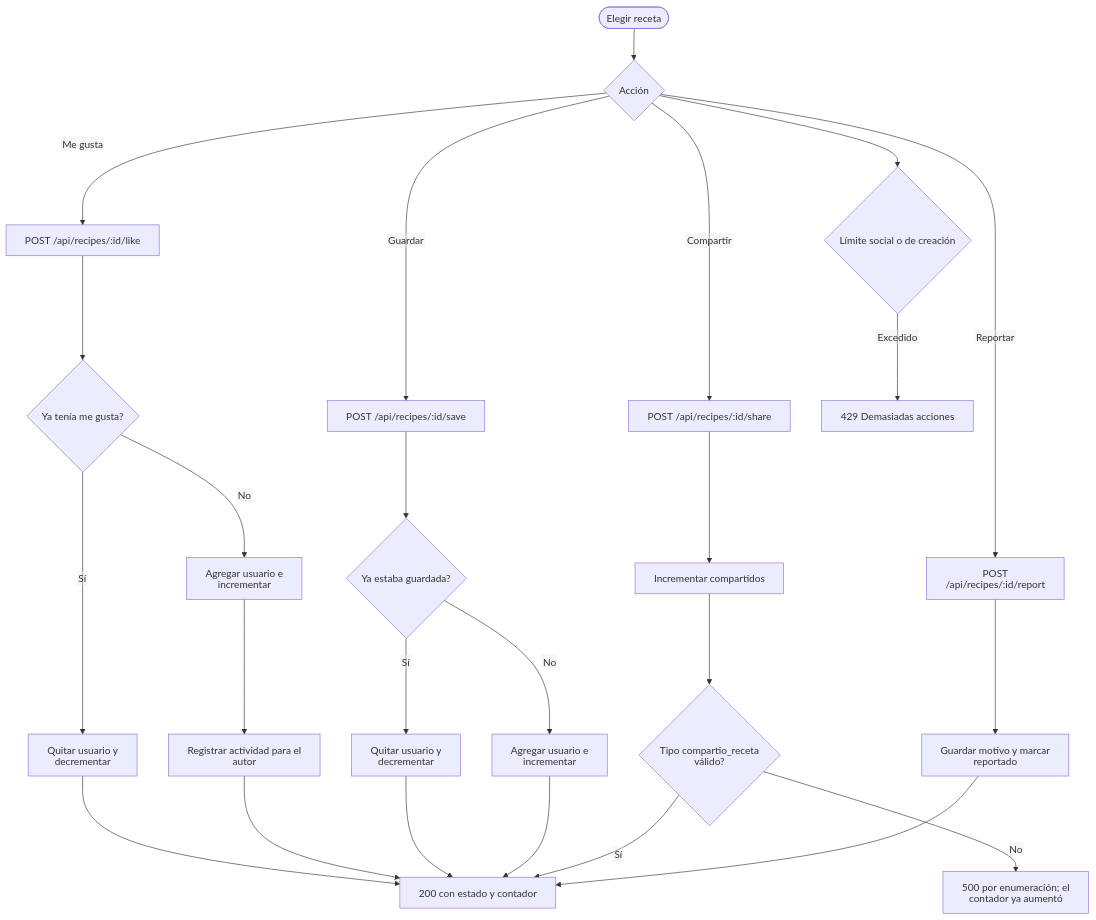
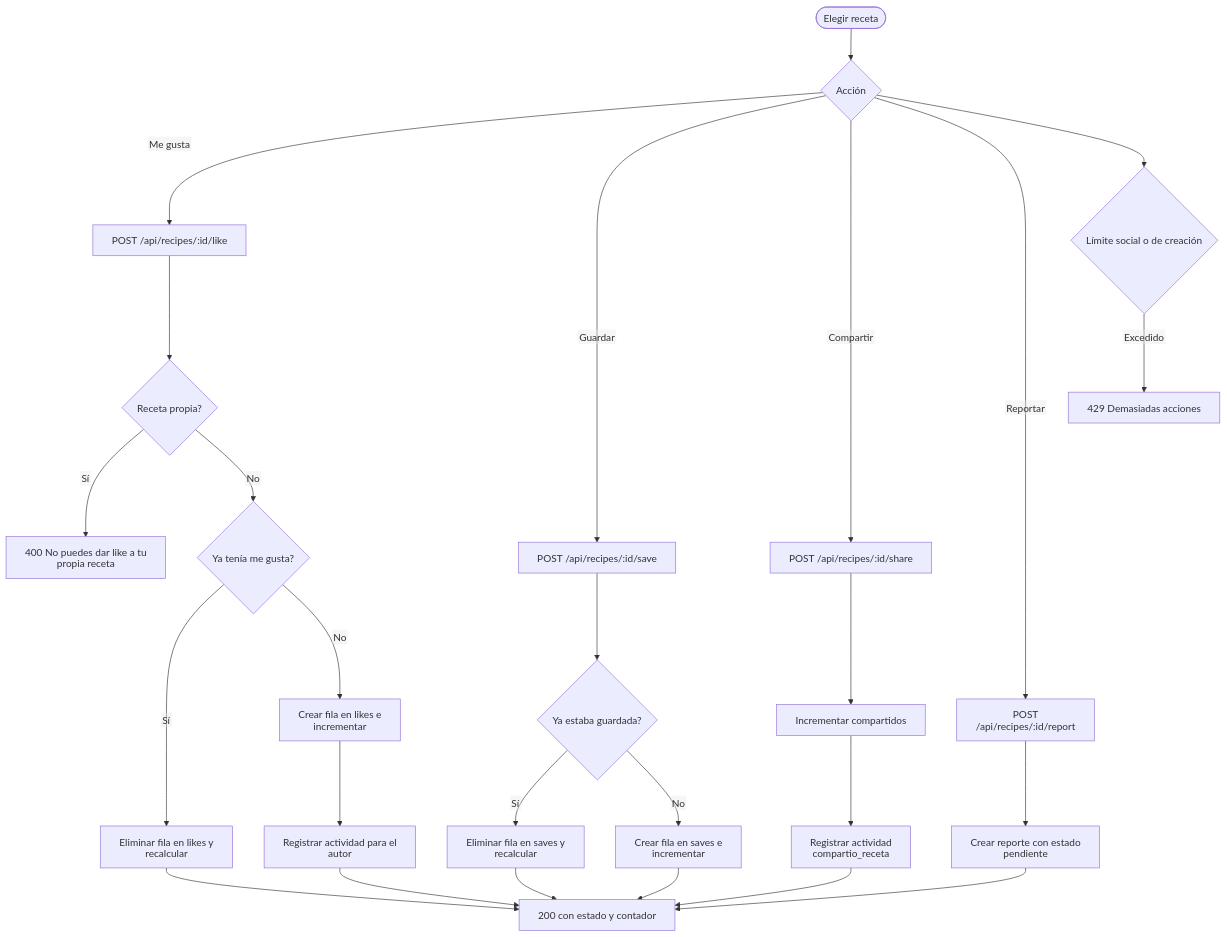
The diagram in docs/dercas/diagramas/flujo/interacciones-sociales.md (CarlosOrozco-1/Recetario_mongodb), drawn with Mermaid before and after one commit. The commit also changed other lines of this file and 28 other files, not shown here.

Commit message:
docs(diagramas): regenerar ER, flujo, casos de uso y estados; recompilar DERCAS

````diff
--- a/docs/dercas/diagramas/flujo/interacciones-sociales.md
+++ b/docs/dercas/diagramas/flujo/interacciones-sociales.md
@@ -11,28 +11,29 @@
 ```mermaid
 %%{init: {"htmlLabels": false}}%%
 graph TD
     Tarjeta([Elegir receta]) --> Accion{Acción}
     Accion -->|Me gusta| Like[POST /api/recipes/:id/like]
     Accion -->|Guardar| Save[POST /api/recipes/:id/save]
     Accion -->|Compartir| Share[POST /api/recipes/:id/share]
     Accion -->|Reportar| Report[POST /api/recipes/:id/report]
-    Like --> EstadoLike{Ya tenía me gusta?}
-    EstadoLike -->|Sí| QuitarLike[Quitar usuario y decrementar]
-    EstadoLike -->|No| PonerLike[Agregar usuario e incrementar]
+    Like --> Propia{Receta propia?}
+    Propia -->|Sí| E400[400 No puedes dar like a tu propia receta]
+    Propia -->|No| EstadoLike{Ya tenía me gusta?}
+    EstadoLike -->|Sí| QuitarLike[Eliminar fila en likes y recalcular]
+    EstadoLike -->|No| PonerLike[Crear fila en likes e incrementar]
     PonerLike --> FeedLike[Registrar actividad para el autor]
     QuitarLike --> Respuesta[200 con estado y contador]
     FeedLike --> Respuesta
     Save --> EstadoSave{Ya estaba guardada?}
-    EstadoSave -->|Sí| QuitarSave[Quitar usuario y decrementar]
-    EstadoSave -->|No| PonerSave[Agregar usuario e incrementar]
+    EstadoSave -->|Sí| QuitarSave[Eliminar fila en saves y recalcular]
+    EstadoSave -->|No| PonerSave[Crear fila en saves e incrementar]
     QuitarSave --> Respuesta
     PonerSave --> Respuesta
     Share --> Incremento[Incrementar compartidos]
-    Incremento --> FeedShare{Tipo compartio_receta válido?}
-    FeedShare -->|No| E500[500 por enumeración; el contador ya aumentó]
-    FeedShare -->|Sí| Respuesta
-    Report --> Validar[Guardar motivo y marcar reportado]
+    Incremento --> FeedShare[Registrar actividad compartio_receta]
+    FeedShare --> Respuesta
+    Report --> Validar[Crear reporte con estado pendiente]
     Validar --> Respuesta
     Accion --> Limite{Límite social o de creación}
     Limite -->|Excedido| E429[429 Demasiadas acciones]
 ```
````
